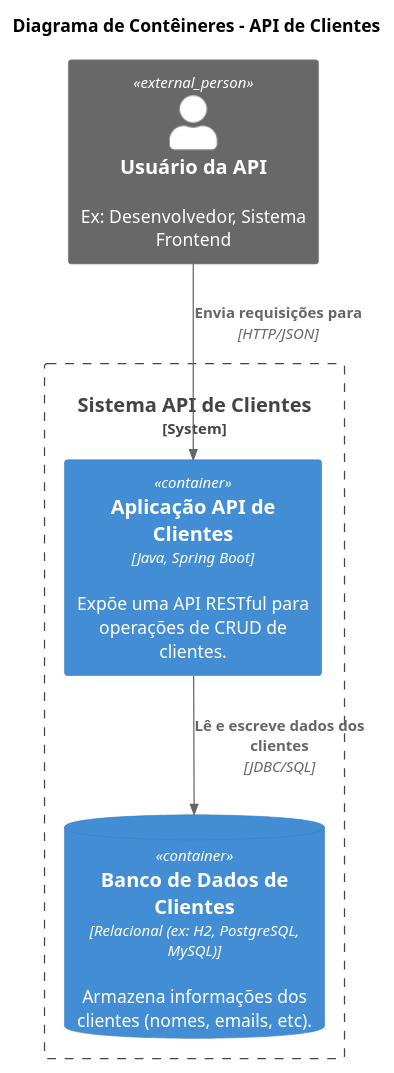
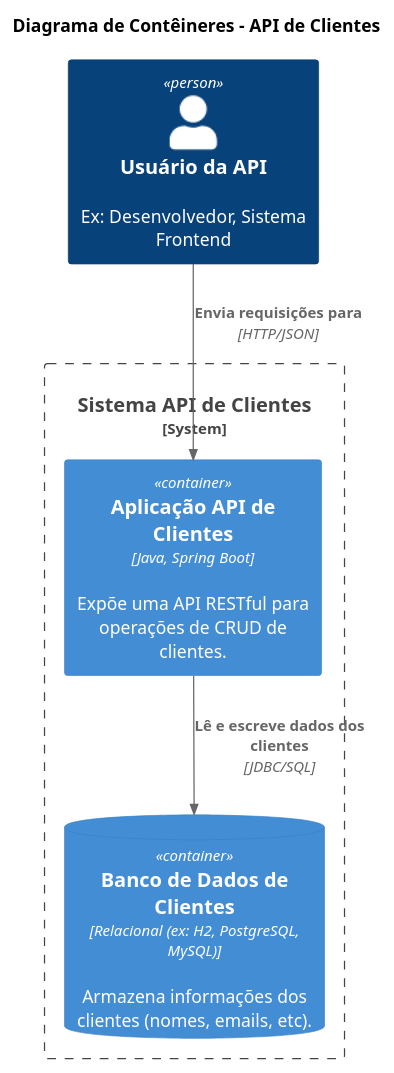
The diagram in diagrama_c4_n2.puml (FabianoSilveira2017/desafio-final-api-clientes), drawn with PlantUML before and after one commit. The commit also changed 2 other files, not shown here.

Commit message:
Pequenos ajustes nos diagramas

```diff
--- a/diagrama_c4_n2.puml
+++ b/diagrama_c4_n2.puml
@@ -1,16 +1,16 @@
 @startuml Container_ClienteAPI
 !include https://raw.githubusercontent.com/plantuml-stdlib/C4-PlantUML/master/C4_Container.puml
 
 title Diagrama de Contêineres - API de Clientes
 
-Person_Ext(user, "Usuário da API", "Ex: Desenvolvedor, Sistema Frontend")
+Person(user, "Usuário da API", "Ex: Desenvolvedor, Sistema Frontend")
 
 System_Boundary(api_boundary, "Sistema API de Clientes") {
     Container(spring_app, "Aplicação API de Clientes", "Java, Spring Boot", "Expõe uma API RESTful para operações de CRUD de clientes.")
     ContainerDb(database, "Banco de Dados de Clientes", "Relacional (ex: H2, PostgreSQL, MySQL)", "Armazena informações dos clientes (nomes, emails, etc).")
 }
 
 Rel(user, spring_app, "Envia requisições para", "HTTP/JSON")
 Rel(spring_app, database, "Lê e escreve dados dos clientes", "JDBC/SQL")
 
 @enduml
```
